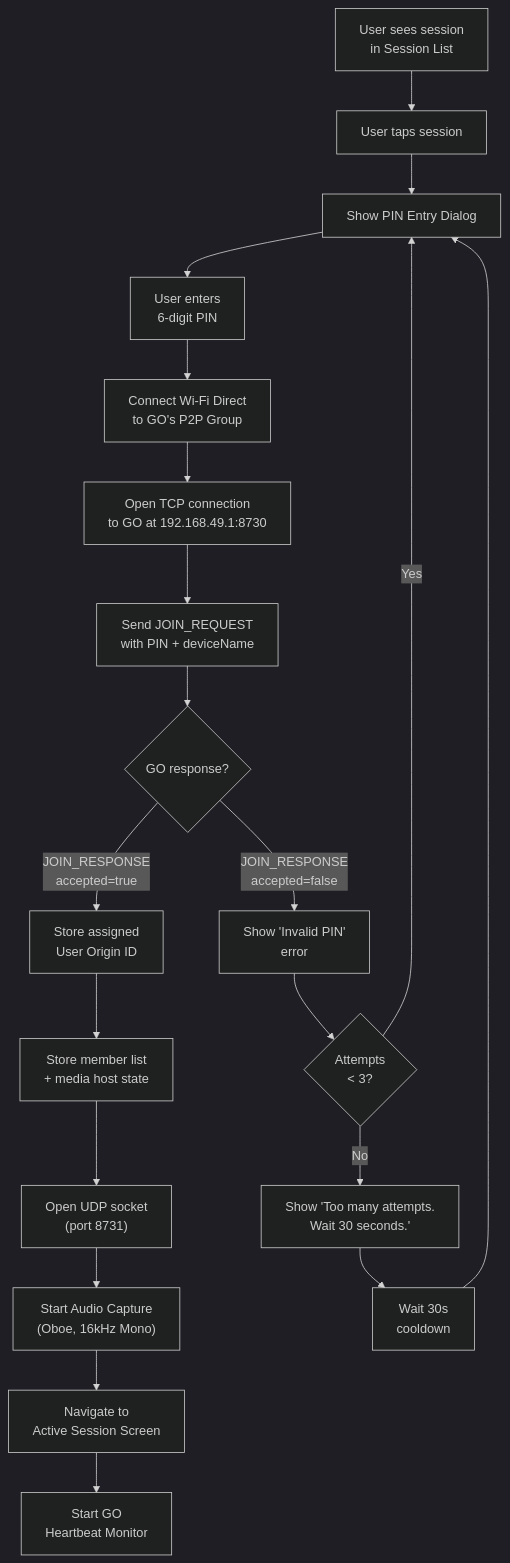
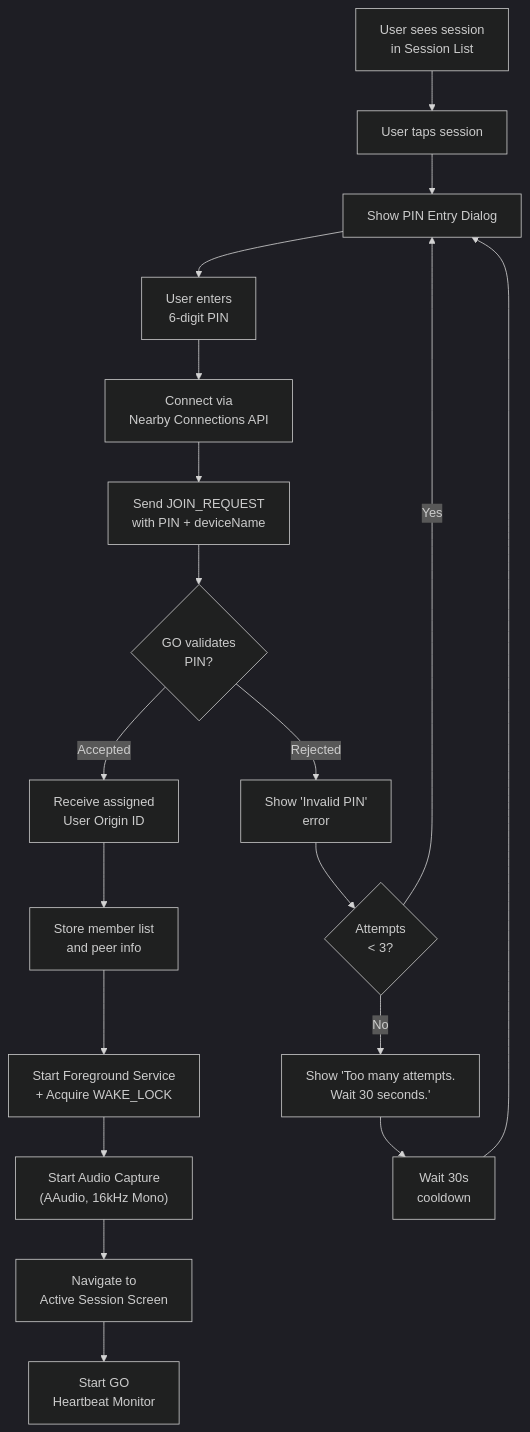
One commit to WINDY-WINDWARD/PeerSync changed the third of 16 diagrams in docs/ImplementationGuidelines.md. Above: the diagram before and after it, drawn with Mermaid (dark theme). The commit also changed other lines of this file and 19 other files, not shown here.

Commit message:
feat: implement pure Wi-Fi Direct socket architecture, auto-discovery, and QR code fast-join

````diff
--- a/docs/ImplementationGuidelines.md
+++ b/docs/ImplementationGuidelines.md
@@ -320,22 +324,21 @@
 ```mermaid
 flowchart TD
     A["User sees session\nin Session List"] --> B["User taps session"]
     B --> C["Show PIN Entry Dialog"]
     C --> D["User enters\n6-digit PIN"]
-    D --> E["Connect Wi-Fi Direct\nto GO's P2P Group"]
-    E --> F["Open TCP connection\nto GO at 192.168.49.1:8730"]
-    F --> G["Send JOIN_REQUEST\nwith PIN + deviceName"]
-    G --> H{"GO response?"}
-    H -- "JOIN_RESPONSE\naccepted=true" --> I["Store assigned\nUser Origin ID"]
-    I --> J["Store member list\n+ media host state"]
-    J --> K["Open UDP socket\n(port 8731)"]
-    K --> L["Start Audio Capture\n(Oboe, 16kHz Mono)"]
-    L --> M["Navigate to\nActive Session Screen"]
-    M --> N["Start GO\nHeartbeat Monitor"]
-    H -- "JOIN_RESPONSE\naccepted=false" --> O["Show 'Invalid PIN'\nerror"]
-    O --> P{"Attempts\n< 3?"}
-    P -- Yes --> C
-    P -- No --> Q["Show 'Too many attempts.\nWait 30 seconds.'"]
-    Q --> R["Wait 30s\ncooldown"]
-    R --> C
+    D --> E["Connect via\nNearby Connections API"]
+    E --> F["Send JOIN_REQUEST\nwith PIN + deviceName"]
+    F --> G{"GO validates\nPIN?"}
+    G -- "Accepted" --> H["Receive assigned\nUser Origin ID"]
+    H --> I["Store member list\nand peer info"]
+    I --> J["Start Foreground Service\n+ Acquire WAKE_LOCK"]
+    J --> K["Start Audio Capture\n(AAudio, 16kHz Mono)"]
+    K --> L["Navigate to\nActive Session Screen"]
+    L --> M["Start GO\nHeartbeat Monitor"]
+    G -- "Rejected" --> N["Show 'Invalid PIN'\nerror"]
+    N --> O{"Attempts\n< 3?"}
+    O -- Yes --> C
+    O -- No --> P["Show 'Too many attempts.\nWait 30 seconds.'"]
+    P --> Q["Wait 30s\ncooldown"]
+    Q --> C
 ```
````
